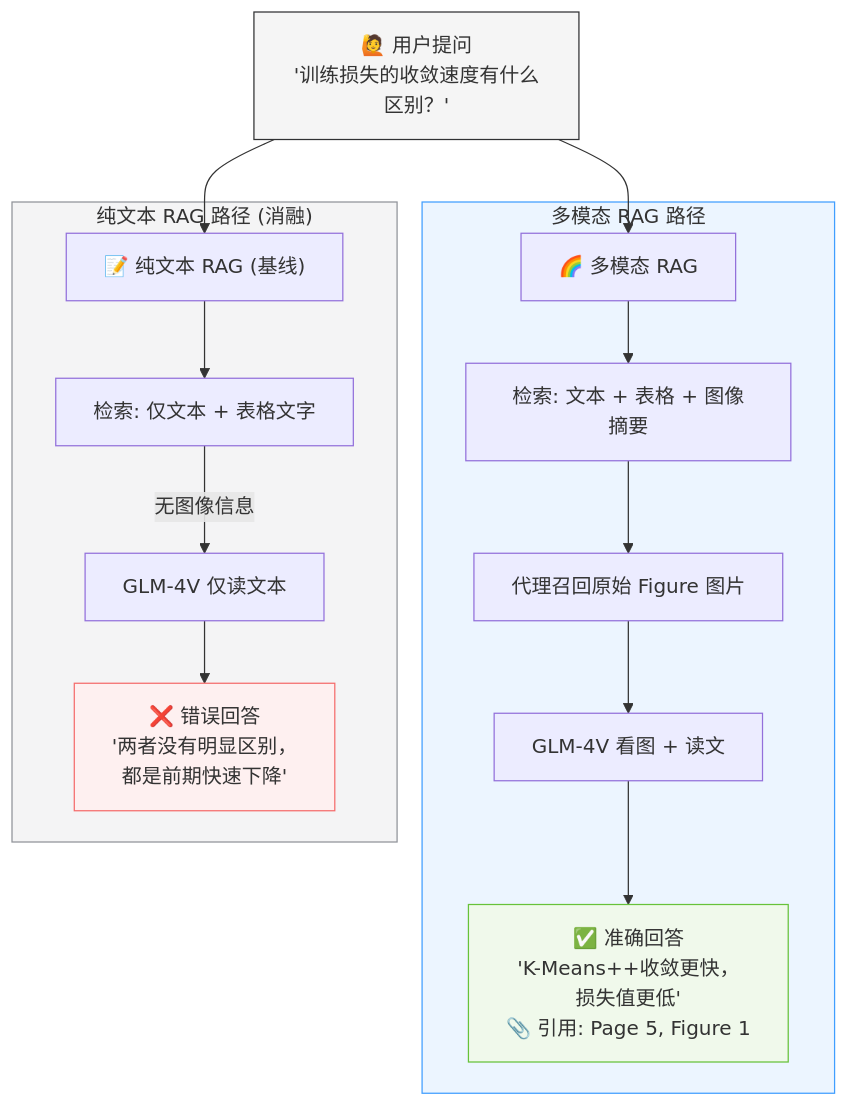
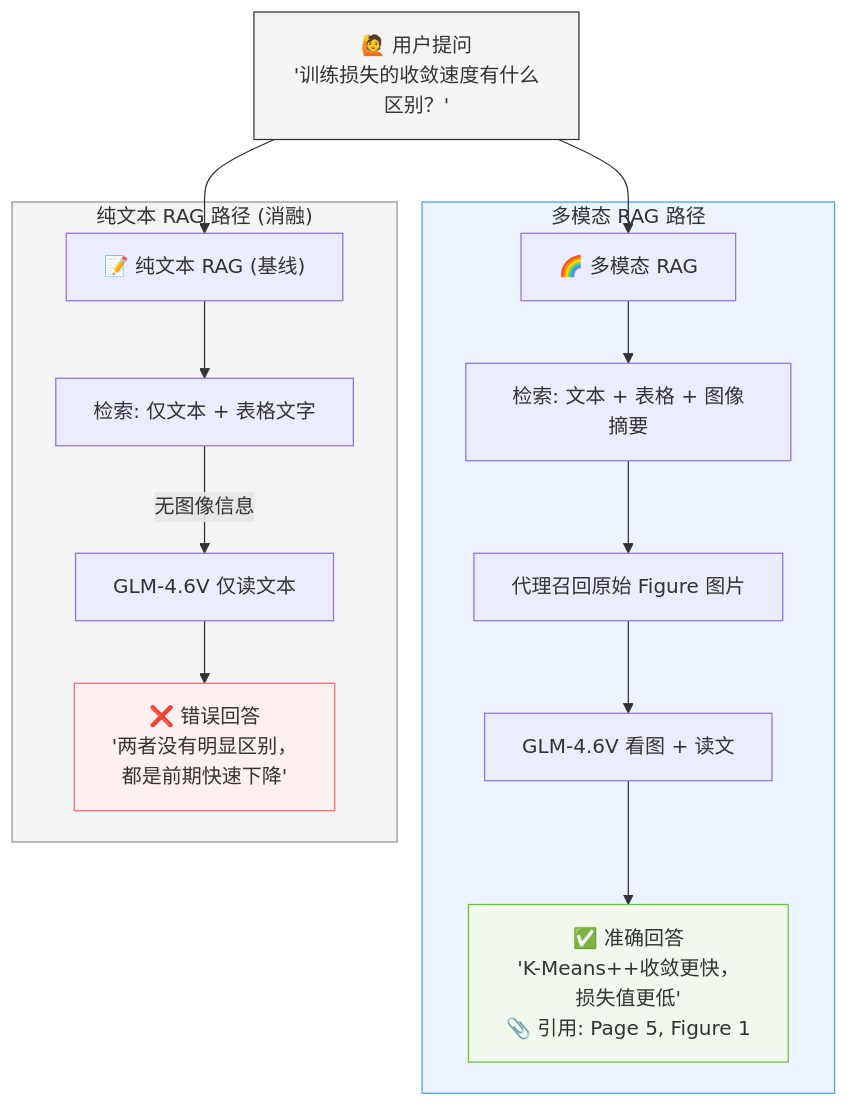
The third of 3 diagrams in README.md (ZhuangShiHao1207/MultimodalQA), drawn with Mermaid before and after one commit. The commit also changed other lines of this file, not shown here.

````diff
--- a/README.md
+++ b/README.md
@@ -173,26 +229,26 @@
 ```mermaid
 graph TD
     Q["🙋 用户提问<br/>'训练损失的收敛速度有什么区别？'"]
     
     Q --> MM["🌈 多模态 RAG"]
     Q --> TO["📝 纯文本 RAG (基线)"]
 
     subgraph MultiModal["多模态 RAG 路径"]
         MM --> R1[检索: 文本 + 表格 + 图像摘要]
         R1 --> Recall[代理召回原始 Figure 图片]
-        Recall --> VLM[GLM-4V 看图 + 读文]
+        Recall --> VLM[GLM-4.6V 看图 + 读文]
         VLM --> A1["✅ 准确回答<br/>'K-Means++收敛更快，<br/>损失值更低'<br/>📎 引用: Page 5, Figure 1"]
     end
 
     subgraph TextOnly["纯文本 RAG 路径 (消融)"]
         TO --> R2[检索: 仅文本 + 表格文字]
-        R2 --> |无图像信息| LLM[GLM-4V 仅读文本]
+        R2 --> |无图像信息| LLM[GLM-4.6V 仅读文本]
         LLM --> A2["❌ 错误回答<br/>'两者没有明显区别，<br/>都是前期快速下降'"]
     end
 
     style Q fill:#f5f5f5,stroke:#303133
     style MultiModal fill:#ecf5ff,stroke:#409eff
     style TextOnly fill:#f4f4f5,stroke:#909399
     style A1 fill:#f0f9eb,stroke:#67c23a
     style A2 fill:#fef0f0,stroke:#f56c6c
 ```
````
